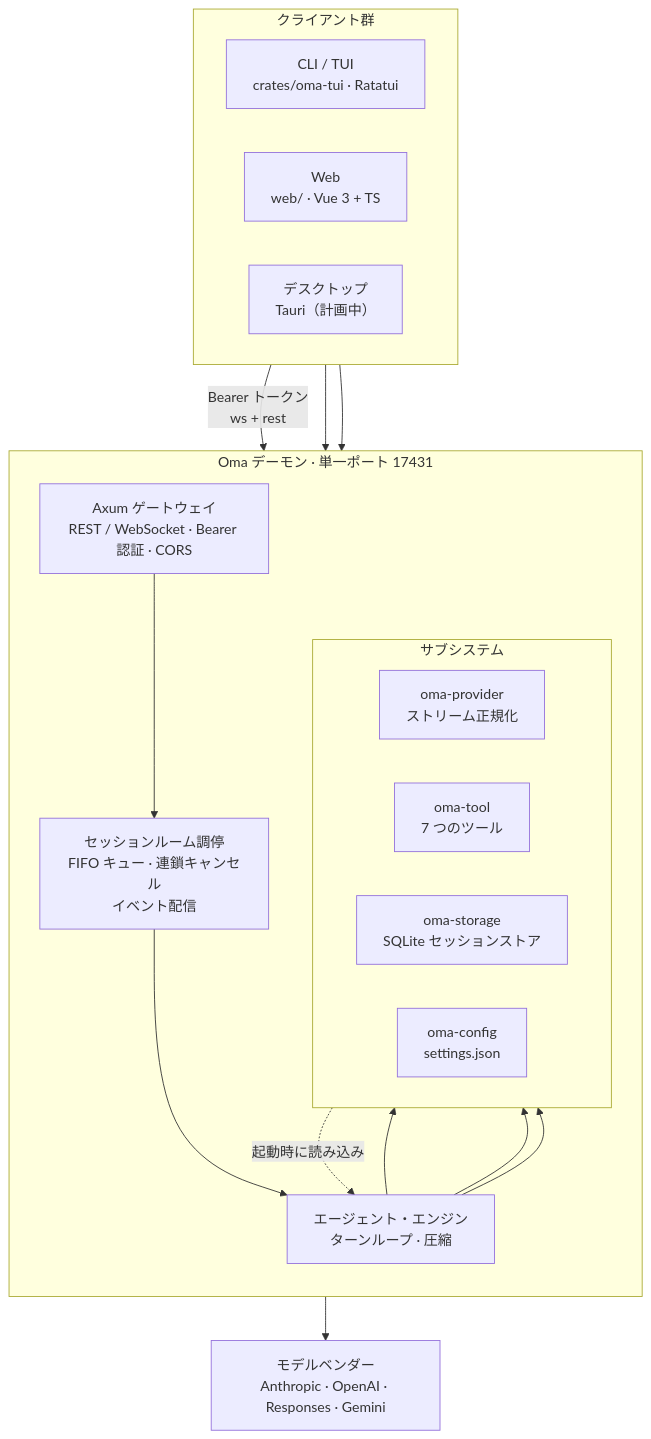
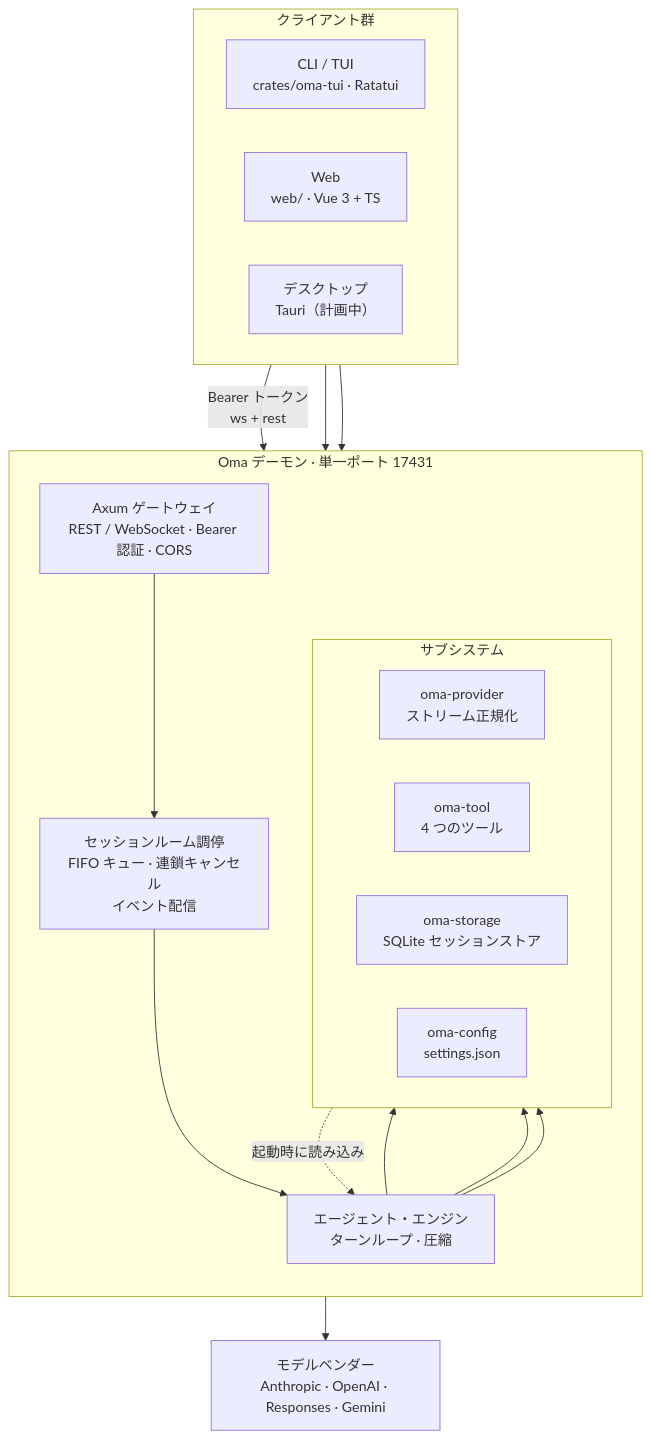
One commit to waittide/oma changed the diagram in README.ja.md. Above: the diagram before and after it, drawn with Mermaid. The commit also changed other lines of this file and 2 other files, not shown here.

````diff
--- a/README.ja.md
+++ b/README.ja.md
@@ -103,34 +105,34 @@
 ```mermaid
 flowchart TB
     subgraph Clients["クライアント群"]
         direction LR
         TUI["CLI / TUI<br/>crates/oma-tui · Ratatui"]
         WEB["Web<br/>web/ · Vue 3 + TS"]
         DESK["デスクトップ<br/>Tauri（計画中）"]
     end
 
     subgraph Daemon["Oma デーモン · 単一ポート 17431"]
         direction TB
         GW["Axum ゲートウェイ<br/>REST / WebSocket · Bearer 認証 · CORS"]
         ROOM["セッションルーム調停<br/>FIFO キュー · 連鎖キャンセル<br/>イベント配信"]
         ENGINE["エージェント・エンジン<br/>ターンループ · 圧縮"]
         subgraph Sub["サブシステム"]
             direction LR
             PROV["oma-provider<br/>ストリーム正規化"]
-            TOOL["oma-tool<br/>7 つのツール"]
+            TOOL["oma-tool<br/>4 つのツール"]
             STORE["oma-storage<br/>SQLite セッションストア"]
             CONF["oma-config<br/>settings.json"]
         end
     end
 
     VENDORS["モデルベンダー<br/>Anthropic · OpenAI · Responses · Gemini"]
 
     TUI -->|"Bearer トークン<br/>ws + rest"| GW
     WEB --> GW
     DESK --> GW
     GW --> ROOM --> ENGINE
     ENGINE --> PROV --> VENDORS
     ENGINE --> TOOL
     ENGINE --> STORE
     CONF -.->|"起動時に読み込み"| ENGINE
 ```
````
